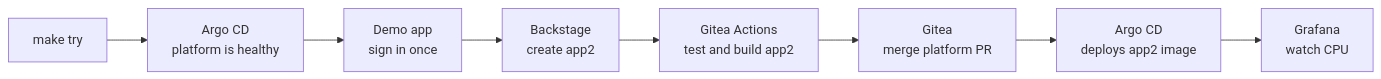
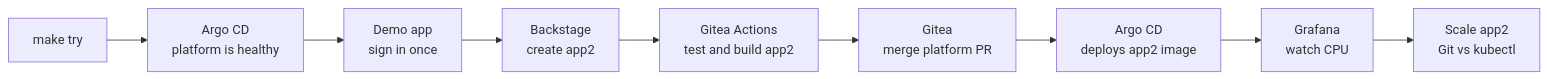
Before and after one commit to yu-min3/kensan-lab: the first of 4 diagrams in docs/getting-started/try-it-with-kind.md, drawn with Mermaid. The commit also changed other lines of this file and 2 other files, not shown here.

````diff
--- a/docs/getting-started/try-it-with-kind.md
+++ b/docs/getting-started/try-it-with-kind.md
@@ -11,10 +12,11 @@
 ```mermaid
 flowchart LR
     A[make try] --> B[Argo CD<br/>platform is healthy]
     B --> C[Demo app<br/>sign in once]
     C --> D[Backstage<br/>create app2]
     D --> E[Gitea Actions<br/>test and build app2]
     E --> F[Gitea<br/>merge platform PR]
     F --> G[Argo CD<br/>deploys app2 image]
     G --> H[Grafana<br/>watch CPU]
+    H --> I[Scale app2<br/>Git vs kubectl]
 ```
````
